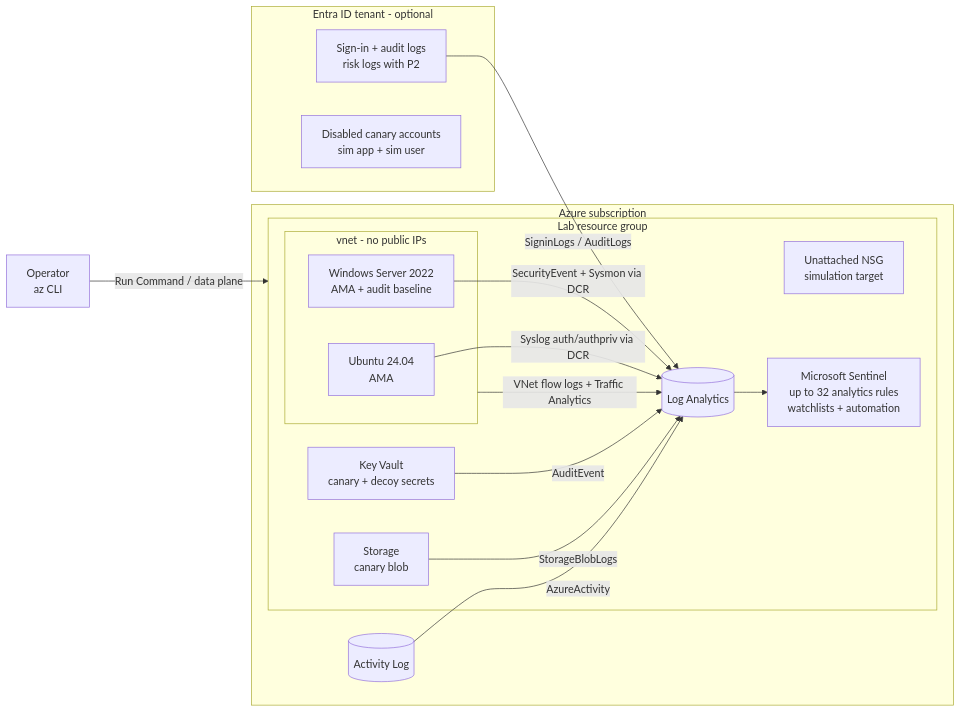
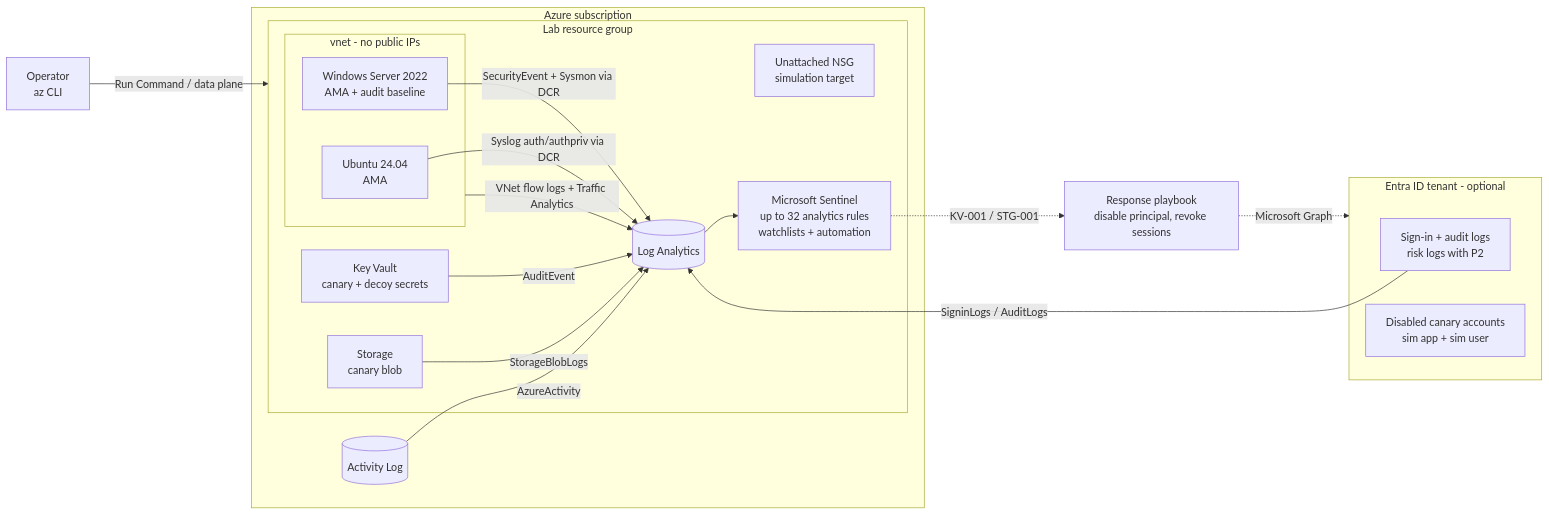
Before and after one commit to H3llKa1ser/Azure-Detection-Engineering-Lab: the diagram in README.md, drawn with Mermaid. The commit also changed other lines of this file, not shown here.

First line of the commit message:
Enhance response section with SOAR playbook details

````diff
--- a/README.md
+++ b/README.md
@@ -30,30 +30,32 @@
 ```mermaid
 flowchart LR
     subgraph SUB[Azure subscription]
         AL[(Activity Log)]
         subgraph RG[Lab resource group]
             subgraph VNET[vnet - no public IPs]
                 WIN[Windows Server 2022<br/>AMA + audit baseline]
                 LNX[Ubuntu 24.04<br/>AMA]
             end
             KV[Key Vault<br/>canary + decoy secrets]
             ST[Storage<br/>canary blob]
             NSGSIM[Unattached NSG<br/>simulation target]
             LAW[(Log Analytics)]
             SEN[Microsoft Sentinel<br/>up to 32 analytics rules<br/>watchlists + automation]
         end
     end
     subgraph ENTRA[Entra ID tenant - optional]
         SIGN[Sign-in + audit logs<br/>risk logs with P2]
         CAN[Disabled canary accounts<br/>sim app + sim user]
     end
     SIGN -- SigninLogs / AuditLogs --> LAW
     WIN -- SecurityEvent + Sysmon via DCR --> LAW
     LNX -- Syslog auth/authpriv via DCR --> LAW
     KV -- AuditEvent --> LAW
     ST -- StorageBlobLogs --> LAW
     AL -- AzureActivity --> LAW
     VNET -- VNet flow logs + Traffic Analytics --> LAW
     LAW --> SEN
+    SEN -. KV-001 / STG-001 .-> PB[Response playbook<br/>disable principal, revoke sessions]
+    PB -. Microsoft Graph .-> ENTRA
     OP[Operator<br/>az CLI] -- Run Command / data plane --> RG
 ```
````
